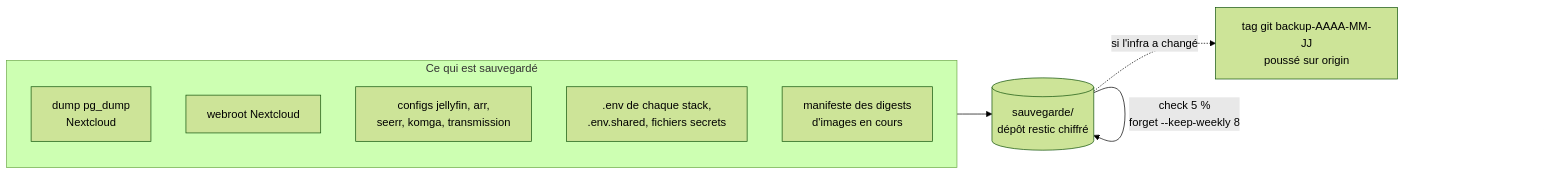
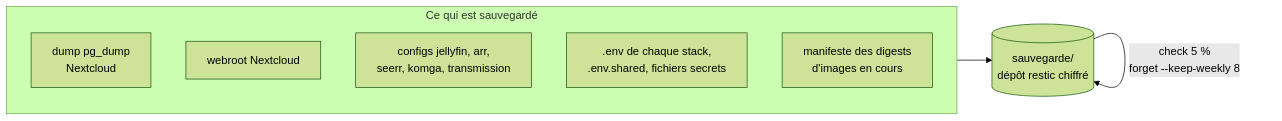
One commit to nattyebola/home-server-services changed the first of 2 diagrams in docs/sauvegarde.md. Above: the diagram before and after it, drawn with Mermaid (forest theme). The commit also changed other lines of this file and 12 other files, not shown here.

````diff
--- a/docs/sauvegarde.md
+++ b/docs/sauvegarde.md
@@ -9,13 +9,12 @@
 ```mermaid
 flowchart LR
     subgraph src["Ce qui est sauvegardé"]
         Dump["dump pg_dump<br>Nextcloud"]
         Web["webroot Nextcloud"]
         Cfg["configs jellyfin, arr,<br>seerr, komga, transmission"]
         Env[".env de chaque stack,<br>.env.shared, fichiers secrets"]
         Man["manifeste des digests<br>d'images en cours"]
     end
     src --> Restic[("sauvegarde/<br>dépôt restic chiffré")]
     Restic -->|"check 5 %<br>forget --keep-weekly 8"| Restic
-    Restic -.->|"si l'infra a changé"| Tag["tag git backup-AAAA-MM-JJ<br>poussé sur origin"]
 ```
````
